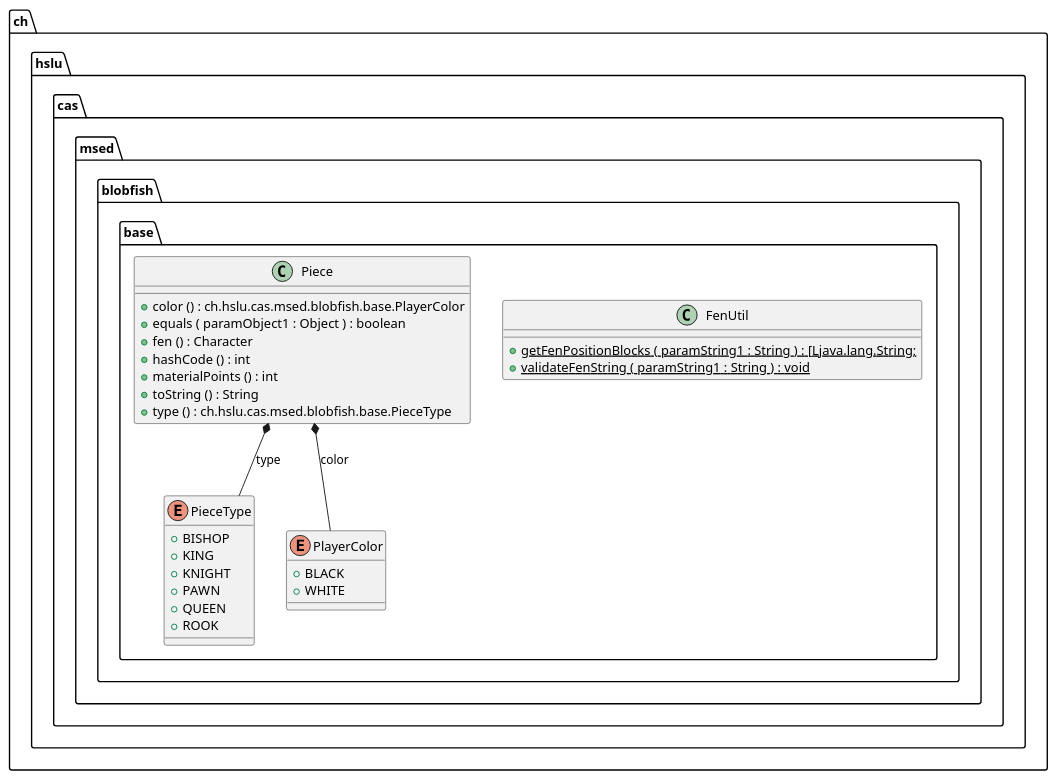
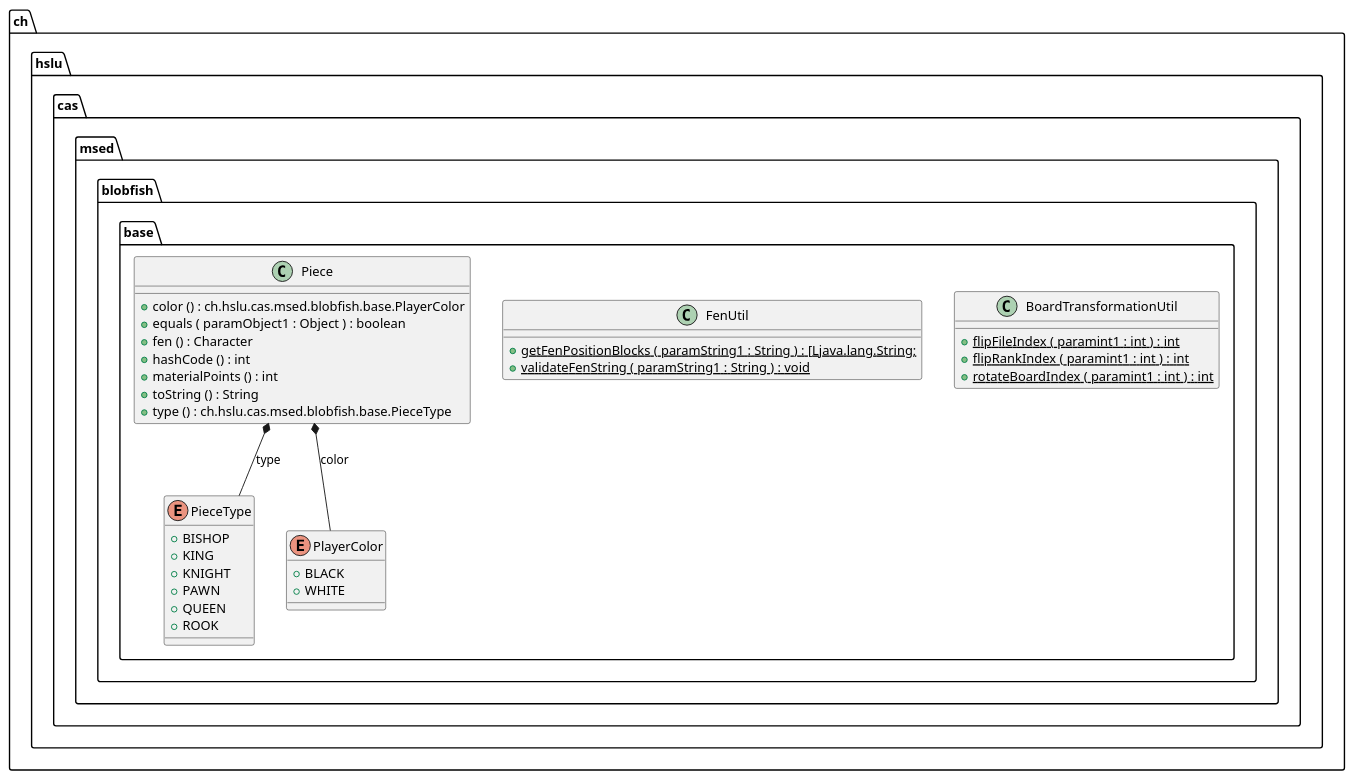
The diagram in docs/generated-diagrams/base.puml (l2c0r3/blobfish), drawn with PlantUML before and after one commit. The commit also changed 44 other files, not shown here.

```diff
--- a/docs/generated-diagrams/base.puml
+++ b/docs/generated-diagrams/base.puml
@@ -1,42 +1,49 @@
 @startuml
+
+class ch.hslu.cas.msed.blobfish.base.BoardTransformationUtil {
+	{method}  {static} +flipFileIndex ( paramint1 : int ) : int
+	{method}  {static} +flipRankIndex ( paramint1 : int ) : int
+	{method}  {static} +rotateBoardIndex ( paramint1 : int ) : int
+}
+
 
 class ch.hslu.cas.msed.blobfish.base.FenUtil {
 	{method}  {static} +getFenPositionBlocks ( paramString1 : String ) : [Ljava.lang.String;
 	{method}  {static} +validateFenString ( paramString1 : String ) : void
 }
 
 
 class ch.hslu.cas.msed.blobfish.base.Piece {
 	{method} +color () : ch.hslu.cas.msed.blobfish.base.PlayerColor
 	{method} +equals ( paramObject1 : Object ) : boolean
 	{method} +fen () : Character
 	{method} +hashCode () : int
 	{method} +materialPoints () : int
 	{method} +toString () : String
 	{method} +type () : ch.hslu.cas.msed.blobfish.base.PieceType
 }
 
 
 enum ch.hslu.cas.msed.blobfish.base.PieceType {
 	{field} +BISHOP
 	{field} +KING
 	{field} +KNIGHT
 	{field} +PAWN
 	{field} +QUEEN
 	{field} +ROOK
 }
 
 
 enum ch.hslu.cas.msed.blobfish.base.PlayerColor {
 	{field} +BLACK
 	{field} +WHITE
 }
 
 
 
 
 ch.hslu.cas.msed.blobfish.base.Piece *--  ch.hslu.cas.msed.blobfish.base.PieceType : type
 ch.hslu.cas.msed.blobfish.base.Piece *--  ch.hslu.cas.msed.blobfish.base.PlayerColor : color
 
 
 @enduml
```
